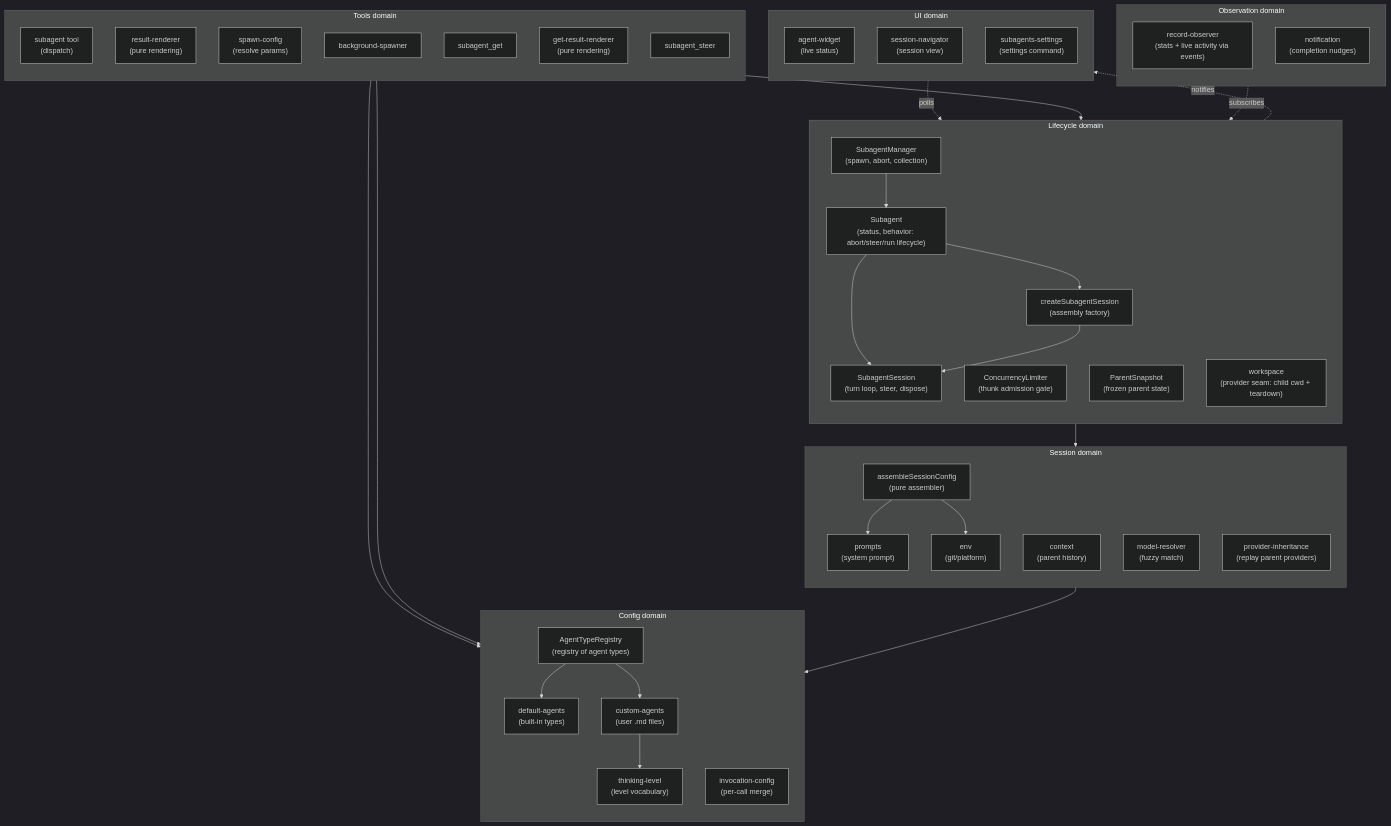
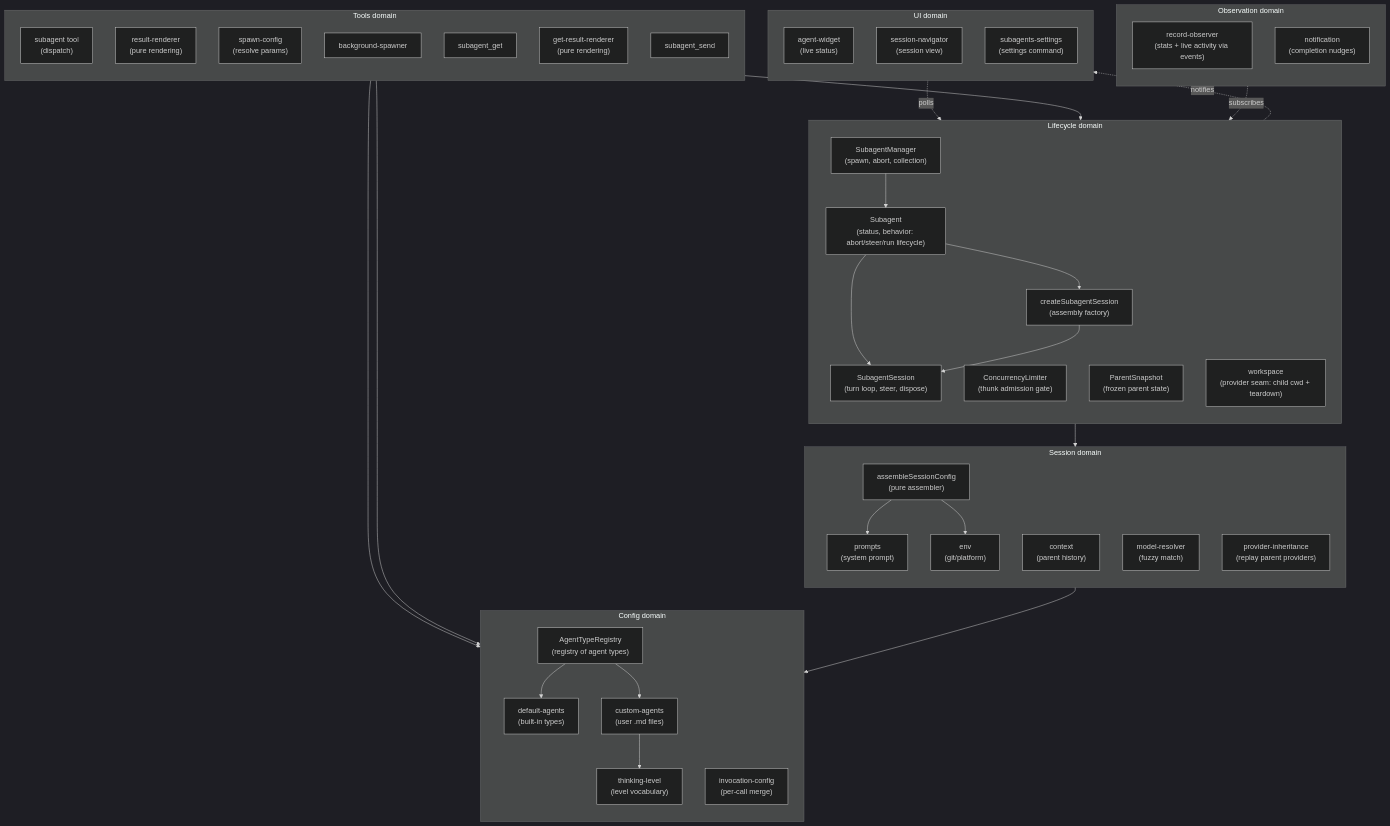
The first of 4 diagrams in extensions/pi-subagent/docs/architecture/architecture.md (zacheryph/pi), drawn with Mermaid (dark theme) before and after one commit. The commit also changed other lines of this file and 66 other files, not shown here.

First line of the commit message:
Replace steer and resume with subagent_send

````diff
--- a/extensions/pi-subagent/docs/architecture/architecture.md
+++ b/extensions/pi-subagent/docs/architecture/architecture.md
@@ -65,70 +65,70 @@
 ```mermaid
 flowchart TB
     subgraph config["Config domain"]
         direction TB
         AgentTypeRegistry["AgentTypeRegistry<br/>(registry of agent types)"]
         DefaultAgents["default-agents<br/>(built-in types)"]
         CustomAgents["custom-agents<br/>(user .md files)"]
         InvocationConfig["invocation-config<br/>(per-call merge)"]
         ThinkingLevelModule["thinking-level<br/>(level vocabulary)"]
     end
 
     subgraph session["Session domain"]
         direction TB
         SessionConfig["assembleSessionConfig<br/>(pure assembler)"]
         Prompts["prompts<br/>(system prompt)"]
         Context["context<br/>(parent history)"]
         Env["env<br/>(git/platform)"]
         ModelResolver["model-resolver<br/>(fuzzy match)"]
         ProviderInheritance["provider-inheritance<br/>(replay parent providers)"]
     end
 
     subgraph lifecycle["Lifecycle domain"]
         direction TB
         SubagentManager["SubagentManager<br/>(spawn, abort, collection)"]
         ConcurrencyLimiter["ConcurrencyLimiter<br/>(thunk admission gate)"]
         CreateSubagentSession["createSubagentSession<br/>(assembly factory)"]
         SubagentSession["SubagentSession<br/>(turn loop, steer, dispose)"]
         Subagent["Subagent<br/>(status, behavior: abort/steer/run lifecycle)"]
         ParentSnapshot["ParentSnapshot<br/>(frozen parent state)"]
         Workspace["workspace<br/>(provider seam: child cwd + teardown)"]
     end
 
     subgraph observation["Observation domain"]
         direction TB
         RecordObserver["record-observer<br/>(stats + live activity via events)"]
         Notification["notification<br/>(completion nudges)"]
     end
 
     subgraph tools["Tools domain"]
         direction TB
         AgentTool["subagent tool<br/>(dispatch)"]
         ResultRenderer["result-renderer<br/>(pure rendering)"]
         SpawnConfig["spawn-config<br/>(resolve params)"]
         BgSpawner["background-spawner"]
         GetResult["subagent_get"]
         GetResultRenderer["get-result-renderer<br/>(pure rendering)"]
-        Steer["subagent_steer"]
+        Send["subagent_send"]
     end
 
     subgraph ui["UI domain"]
         direction TB
         Widget["agent-widget<br/>(live status)"]
         Sessions["session-navigator<br/>(session view)"]
         Settings["subagents-settings<br/>(settings command)"]
     end
 
     AgentTool --> SubagentManager
     SubagentManager --> Subagent
     Subagent --> CreateSubagentSession & SubagentSession
     CreateSubagentSession --> SubagentSession
     CreateSubagentSession --> SessionConfig
     SessionConfig --> AgentTypeRegistry
     SessionConfig --> Prompts & Env
     AgentTypeRegistry --> DefaultAgents & CustomAgents
     SpawnConfig --> InvocationConfig & ThinkingLevelModule
     CustomAgents --> ThinkingLevelModule
     RecordObserver -.->|subscribes| SubagentSession
     Widget -.->|polls| SubagentManager
     SubagentManager -.->|notifies| Widget
 ```
````
